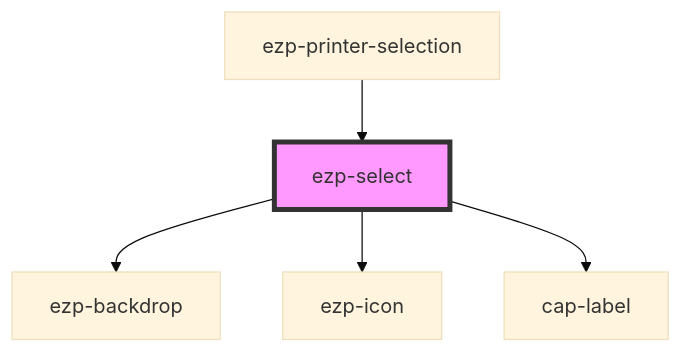
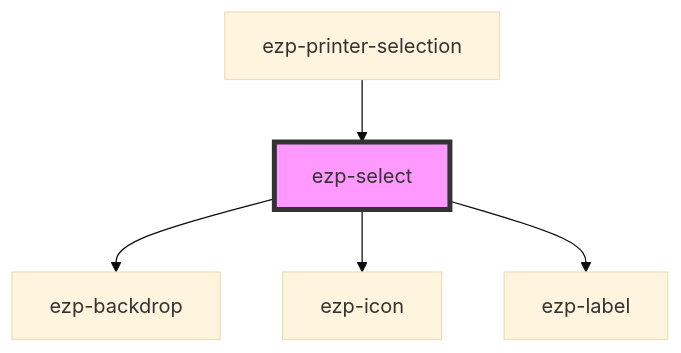
One commit to ezeep/ezeep-js changed the diagram in src/components/ezp-select/readme.md. Above: the diagram before and after it, drawn with Mermaid (base theme). The commit also changed other lines of this file and 42 other files, not shown here.

````diff
--- a/src/components/ezp-select/readme.md
+++ b/src/components/ezp-select/readme.md
@@ -38,8 +38,8 @@
 ```mermaid
 graph TD;
   ezp-select --> ezp-backdrop
   ezp-select --> ezp-icon
-  ezp-select --> cap-label
+  ezp-select --> ezp-label
   ezp-printer-selection --> ezp-select
   style ezp-select fill:#f9f,stroke:#333,stroke-width:4px
 ```
````
